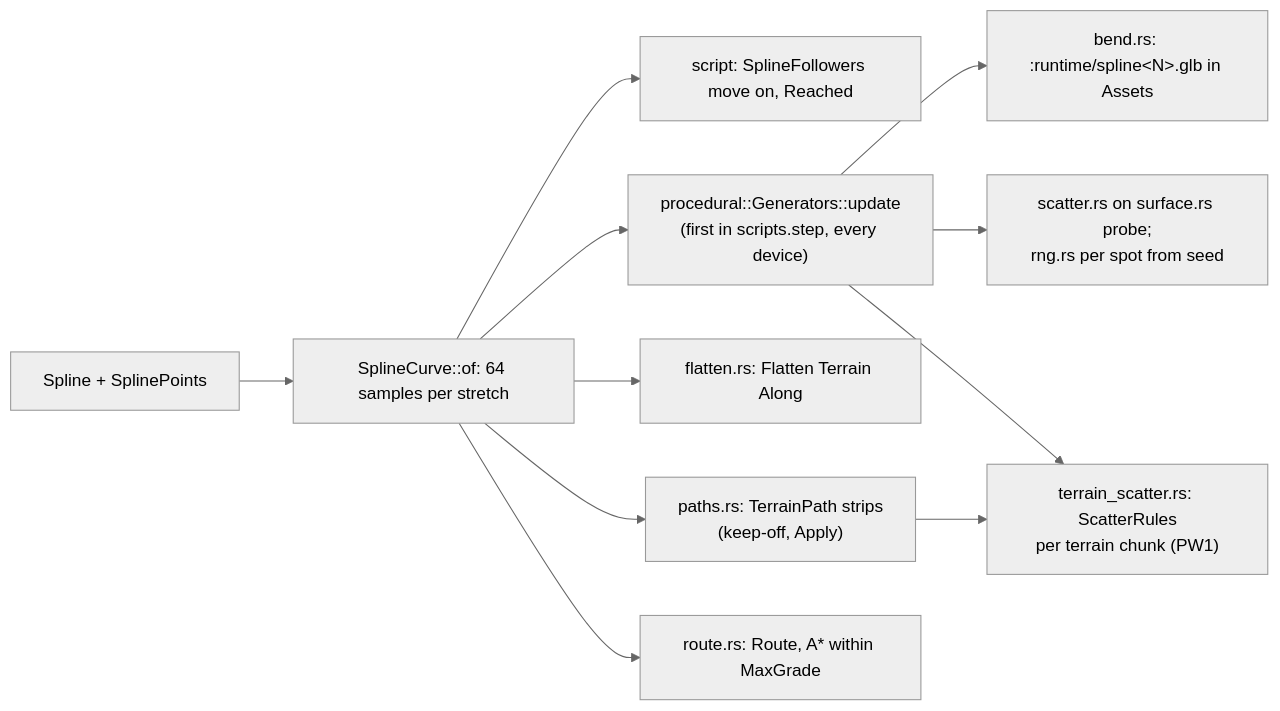
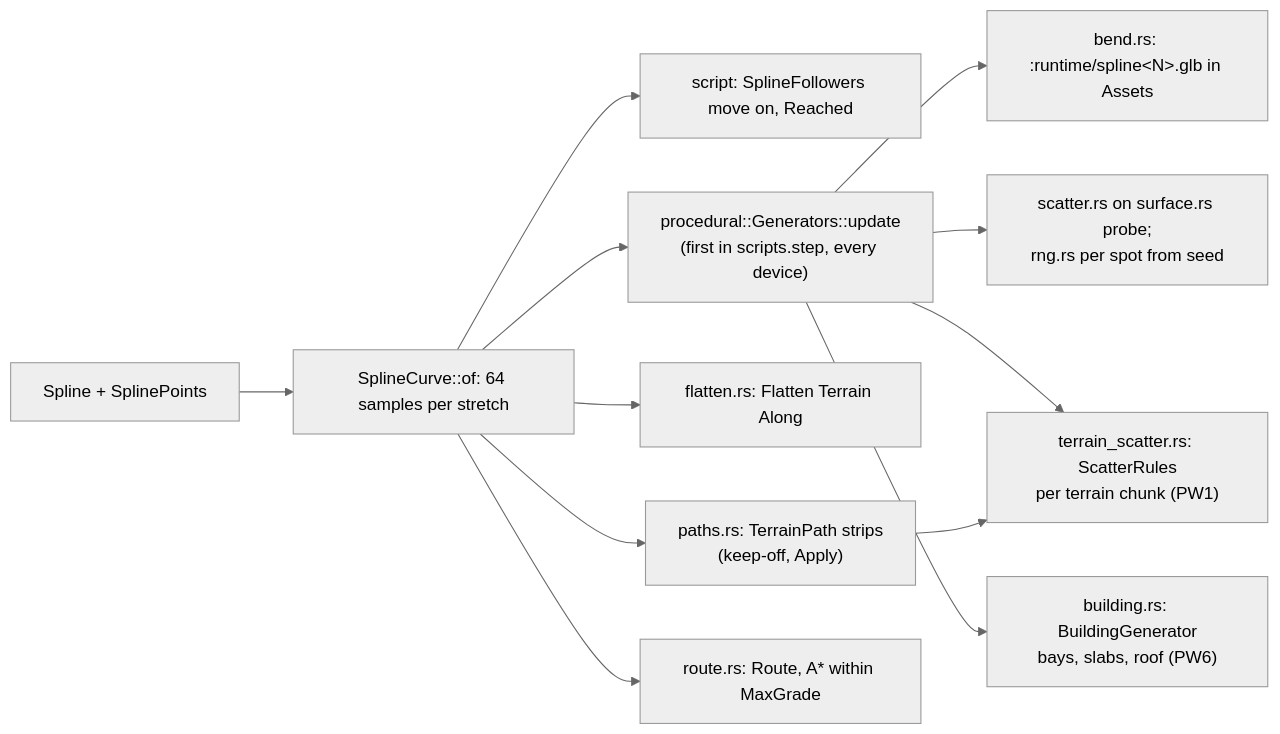
One commit to MrBearson321/Axcenity-Engine changed the diagram in wiki/Engine-Systems/Splines-and-Procedural.md. Above: the diagram before and after it, drawn with Mermaid (neutral theme). The commit also changed other lines of this file and 35 other files, not shown here.

First line of the commit message:
Procedural buildings: BuildingGenerator, Bake and a street example (PW6)

````diff
--- a/wiki/Engine-Systems/Splines-and-Procedural.md
+++ b/wiki/Engine-Systems/Splines-and-Procedural.md
@@ -21,13 +21,14 @@
 ```mermaid
 flowchart LR
   SP[Spline + SplinePoints] --> C[SplineCurve::of: 64 samples per stretch]
   C --> FOL[script: SplineFollowers move on, Reached]
   C --> GEN["procedural::Generators::update<br/>(first in scripts.step, every device)"]
   GEN --> BM["bend.rs: :runtime/spline&lt;N&gt;.glb in Assets"]
   GEN --> SC["scatter.rs on surface.rs probe;<br/>rng.rs per spot from seed"]
   C --> FL[flatten.rs: Flatten Terrain Along]
   GEN --> TSC["terrain_scatter.rs: ScatterRules<br/>per terrain chunk (PW1)"]
   C --> TP["paths.rs: TerrainPath strips<br/>(keep-off, Apply)"]
   TP --> TSC
   C --> RT["route.rs: Route, A* within MaxGrade"]
+  GEN --> BLD["building.rs: BuildingGenerator<br/>bays, slabs, roof (PW6)"]
 ```
````
